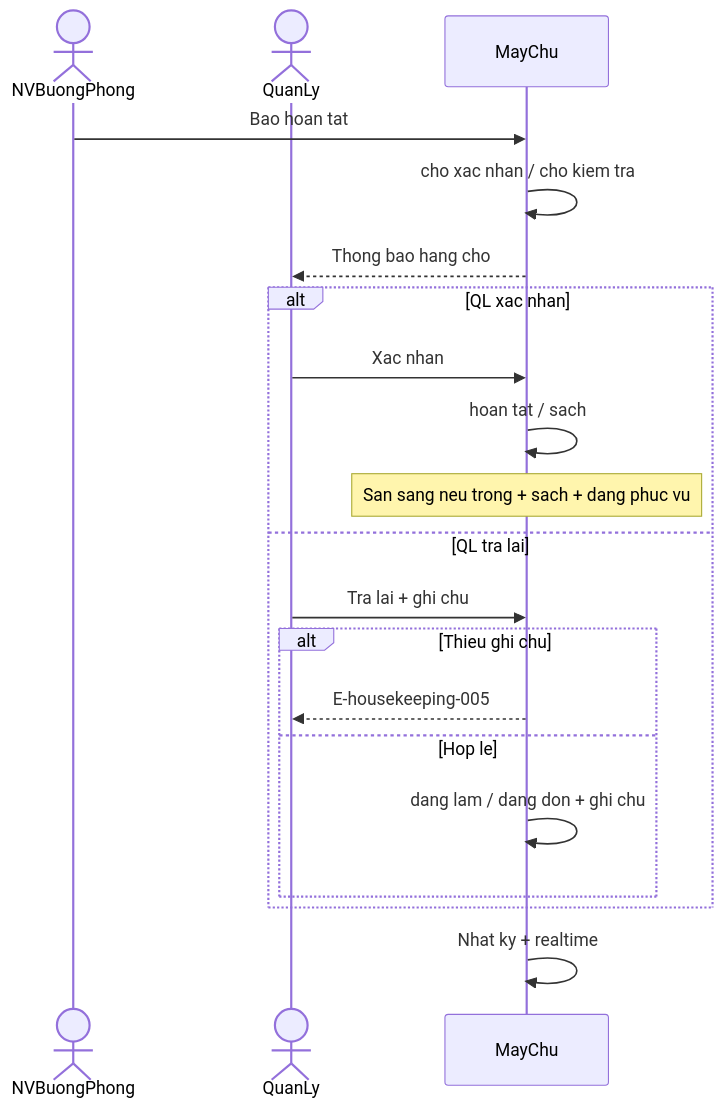
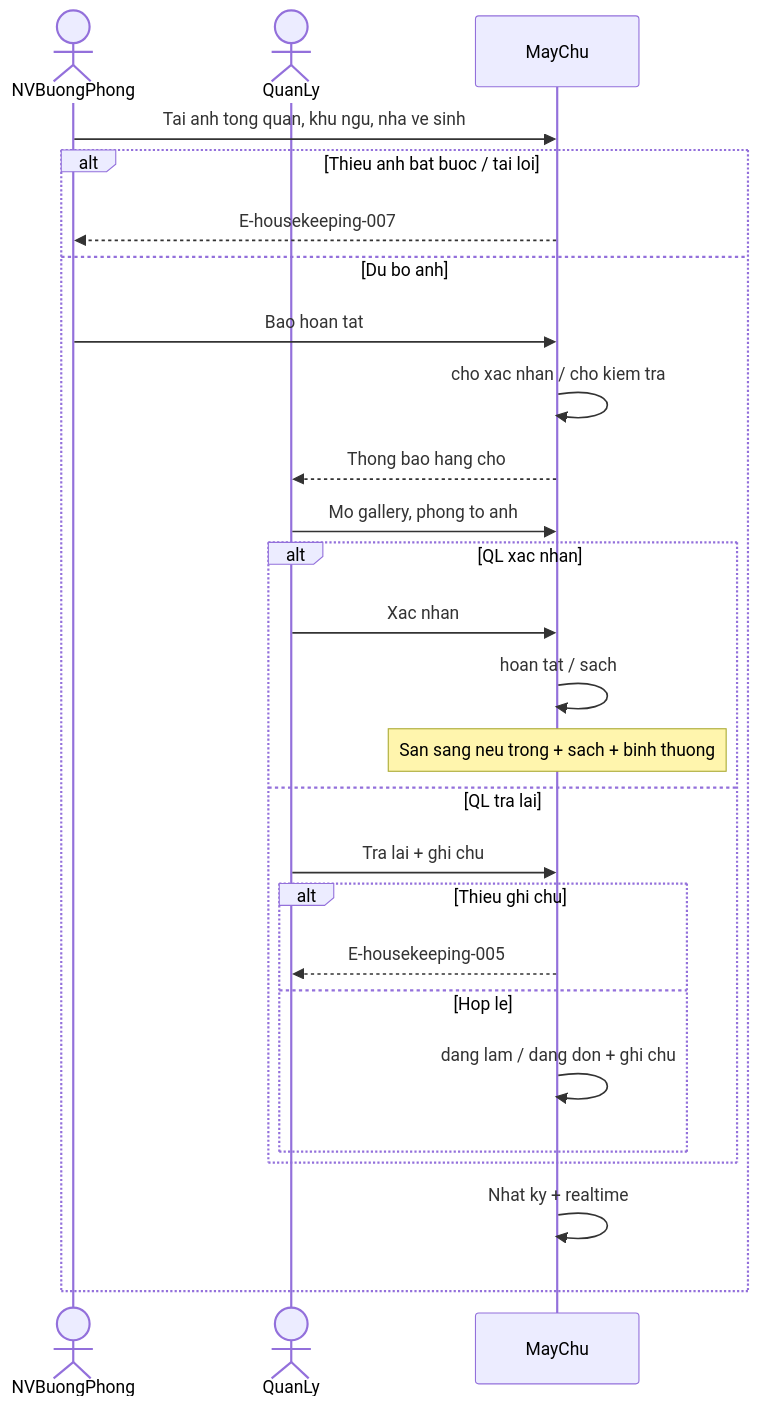
One commit to DatTran26/khachsan-di-dong changed the fifth of 6 diagrams in docs/features/housekeeping/srs/housekeeping-flows.md. Above: the diagram before and after it, drawn with Mermaid. The commit also changed other lines of this file and 101 other files, not shown here.

````diff
--- a/docs/features/housekeeping/srs/housekeeping-flows.md
+++ b/docs/features/housekeeping/srs/housekeeping-flows.md
@@ -107,23 +107,29 @@
 ```mermaid
 sequenceDiagram
     actor NV as NVBuongPhong
     actor QL as QuanLy
     participant Server as MayChu
 
-    NV->>Server: Bao hoan tat
+    NV->>Server: Tai anh tong quan, khu ngu, nha ve sinh
+    alt Thieu anh bat buoc / tai loi
+        Server-->>NV: E-housekeeping-007
+    else Du bo anh
+        NV->>Server: Bao hoan tat
     Server->>Server: cho xac nhan / cho kiem tra
     Server-->>QL: Thong bao hang cho
+    QL->>Server: Mo gallery, phong to anh
     alt QL xac nhan
         QL->>Server: Xac nhan
         Server->>Server: hoan tat / sach
-        Note over Server: San sang neu trong + sach + dang phuc vu
+        Note over Server: San sang neu trong + sach + binh thuong
     else QL tra lai
         QL->>Server: Tra lai + ghi chu
         alt Thieu ghi chu
             Server-->>QL: E-housekeeping-005
         else Hop le
             Server->>Server: dang lam / dang don + ghi chu
         end
     end
     Server->>Server: Nhat ky + realtime
+    end
 ```
````
